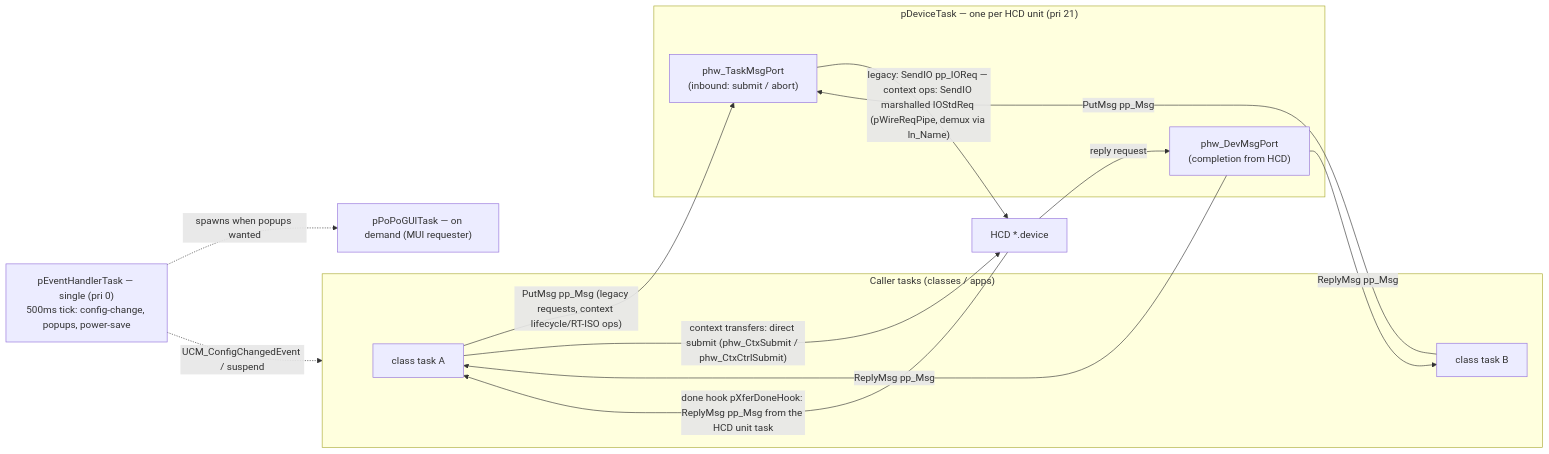
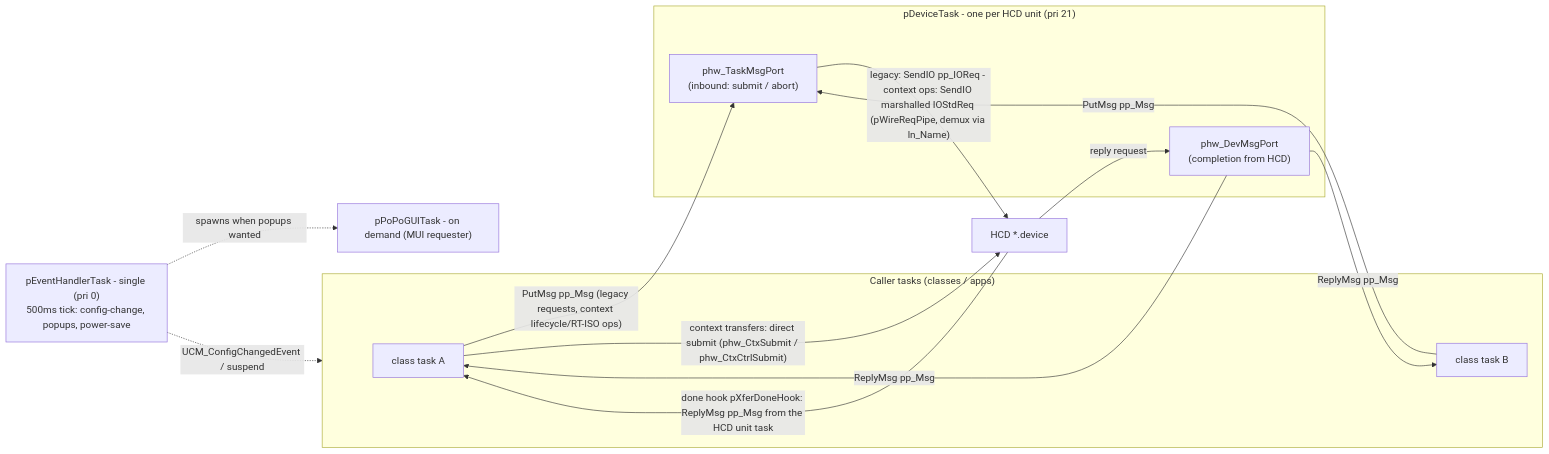
One commit to rondoval/poseidon-backport changed the fourth of 17 diagrams in docs/poseidon.library-architecture.md. Above: the diagram before and after it, drawn with Mermaid. The commit also changed other lines of this file and 108 other files, not shown here.

````diff
--- a/docs/poseidon.library-architecture.md
+++ b/docs/poseidon.library-architecture.md
@@ -264,29 +264,29 @@
 ```mermaid
 flowchart LR
     subgraph CALLERS["Caller tasks (classes / apps)"]
         CT1["class task A"]
         CT2["class task B"]
     end
 
-    subgraph DEVTASK["pDeviceTask — one per HCD unit (pri 21)"]
+    subgraph DEVTASK["pDeviceTask - one per HCD unit (pri 21)"]
         TP["phw_TaskMsgPort<br/>(inbound: submit / abort)"]
         DP["phw_DevMsgPort<br/>(completion from HCD)"]
     end
 
     HCD["HCD *.device"]
 
-    EVT["pEventHandlerTask — single (pri 0)<br/>500ms tick: config-change, popups, power-save"]
-    POPO["pPoPoGUITask — on demand (MUI requester)"]
+    EVT["pEventHandlerTask - single (pri 0)<br/>500ms tick: config-change, popups, power-save"]
+    POPO["pPoPoGUITask - on demand (MUI requester)"]
 
     CT1 -->|"PutMsg pp_Msg (legacy requests, context lifecycle/RT-ISO ops)"| TP
     CT2 -->|"PutMsg pp_Msg"| TP
-    TP -->|"legacy: SendIO pp_IOReq — context ops: SendIO marshalled IOStdReq (pWireReqPipe, demux via ln_Name)"| HCD
+    TP -->|"legacy: SendIO pp_IOReq - context ops: SendIO marshalled IOStdReq (pWireReqPipe, demux via ln_Name)"| HCD
     HCD -->|"reply request"| DP
     DP -->|"ReplyMsg pp_Msg"| CT1
     DP -->|"ReplyMsg pp_Msg"| CT2
     CT1 -->|"context transfers: direct submit (phw_CtxSubmit / phw_CtxCtrlSubmit)"| HCD
     HCD -->|"done hook pXferDoneHook: ReplyMsg pp_Msg from the HCD unit task"| CT1
 
     EVT -.->|"spawns when popups wanted"| POPO
     EVT -.->|"UCM_ConfigChangedEvent / suspend"| CALLERS
 ```
````
